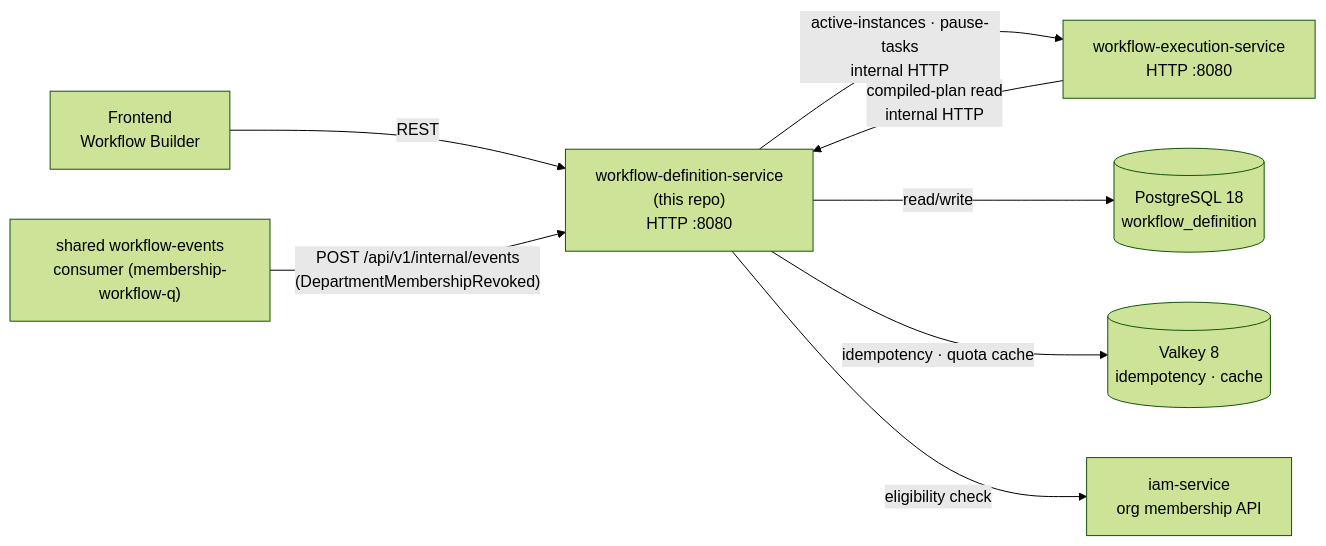
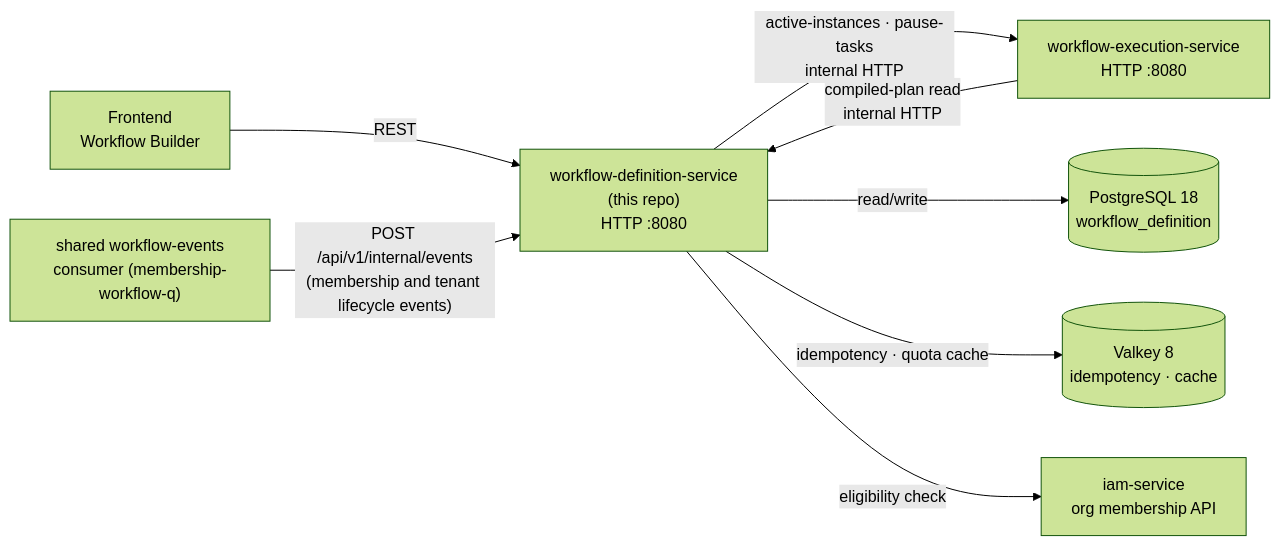
Before and after one commit to BCBP-SOLUTIONS-FZC-LLC/workflow-definition-service: the first of 12 diagrams in ARCHITECTURE.md, drawn with Mermaid (forest theme). The commit also changed other lines of this file and 4 other files, not shown here.

Commit message:
The docs name all four inbound events and show the tenant offboarding flow

````diff
--- a/ARCHITECTURE.md
+++ b/ARCHITECTURE.md
@@ -15,18 +15,18 @@
 ```mermaid
 flowchart LR
     FE["Frontend\nWorkflow Builder"]
     DEF["workflow-definition-service\n(this repo)\nHTTP :8080"]
     EXEC["workflow-execution-service\nHTTP :8080"]
     DB[("PostgreSQL 18\nworkflow_definition")]
     CACHE[("Valkey 8\nidempotency · cache")]
     CONSUMER["shared workflow-events\nconsumer (membership-workflow-q)"]
     IAM["iam-service\norg membership API"]
 
     FE -->|"REST"| DEF
     EXEC -->|"compiled-plan read\ninternal HTTP"| DEF
     DEF -->|"active-instances · pause-tasks\ninternal HTTP"| EXEC
     DEF -->|"read/write"| DB
     DEF -->|"idempotency · quota cache"| CACHE
-    CONSUMER -->|"POST /api/v1/internal/events\n(DepartmentMembershipRevoked)"| DEF
+    CONSUMER -->|"POST /api/v1/internal/events\n(membership and tenant lifecycle events)"| DEF
     DEF -->|"eligibility check"| IAM
 ```
````
